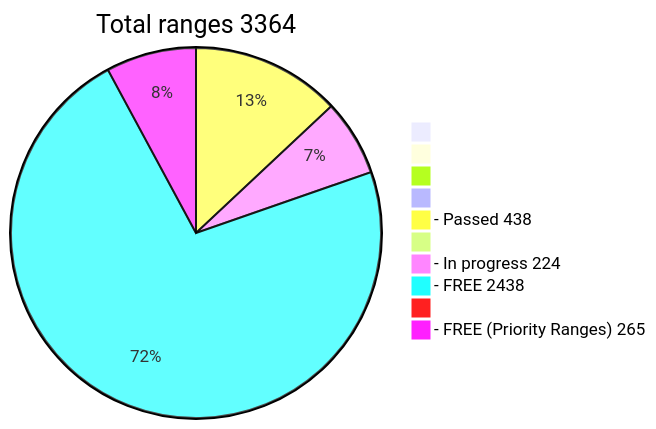
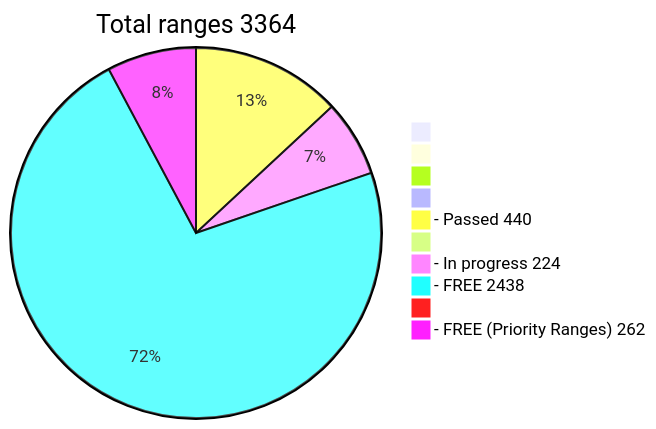
Before and after one commit to phrutis/wif500: the diagram in README.md, drawn with Mermaid.

````diff
--- a/README.md
+++ b/README.md
@@ -16,13 +16,13 @@
 ```mermaid
 pie title Total ranges 3364
              " " : 0
             "  " : 0
            "   " : 0
           "    " : 0
-  "- Passed 438" : 438
+  "- Passed 440" : 440
          "     " : 0
   "- In progress 224" : 224
    "- FREE 2438" : 2438
         "      " : 0
-  "- FREE (Priority Ranges) 265" : 265
+  "- FREE (Priority Ranges) 262" : 262
 ```
````
